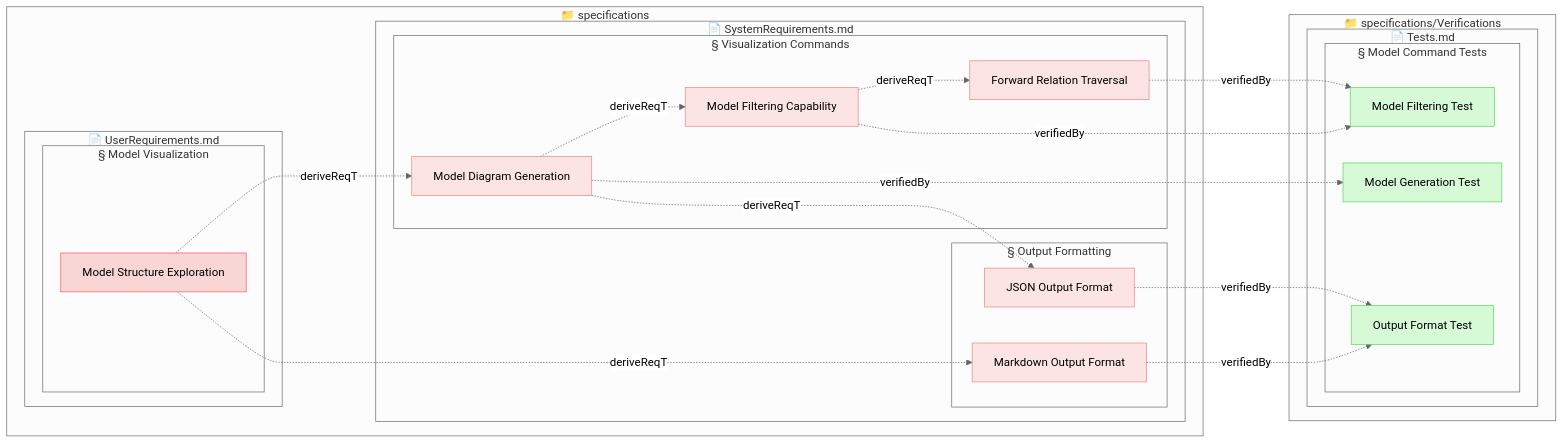
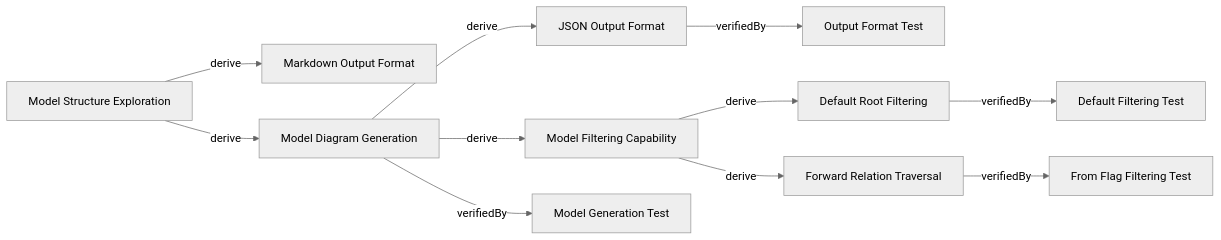
The diagram in tests/test-model-command/expected_output.md (reqvire-org/reqvire), drawn with Mermaid (neutral theme) before and after one commit. The commit also changed other lines of this file and 12 other files, not shown here.

````diff
--- a/tests/test-model-command/expected_output.md
+++ b/tests/test-model-command/expected_output.md
@@ -48,68 +12,34 @@
 ```mermaid
-graph LR;
-  %% REQVIRE-AUTOGENERATED-DIAGRAM
-  %% Graph styling
-  classDef userRequirement fill:#f9d6d6,stroke:#f55f5f,stroke-width:1px;
-  classDef systemRequirement fill:#fce4e4,stroke:#e68a8a,stroke-width:1px;
-  classDef verification fill:#d6f9d6,stroke:#5fd75f,stroke-width:1px;
-  classDef folder fill:#f0f0f0,stroke:#666666,stroke-width:3px;
-  classDef file fill:#ffffff,stroke:#999999,stroke-width:2px;
-  classDef section fill:#fafafa,stroke:#aaaaaa,stroke-width:1px;
-  classDef default fill:#f5f5f5,stroke:#333333,stroke-width:1px;
-
-  subgraph e2822fc17b2fa7a1["📁 specifications"]
-    subgraph 9945e4af79613c0d["📄 SystemRequirements.md"]
-      subgraph 40e6c519bee7dbeb["§ Output Formatting"]
-        f27d93928246808["JSON Output Format"];
-        class f27d93928246808 systemRequirement;
-        click f27d93928246808 "specifications/SystemRequirements.md#json-output-format";
-        8accb4e2c9363546["Markdown Output Format"];
-        class 8accb4e2c9363546 systemRequirement;
-        click 8accb4e2c9363546 "specifications/SystemRequirements.md#markdown-output-format";
-      end
-      subgraph eed7d1ef3e7c8b9c["§ Visualization Commands"]
-        46fbef5d552a5c01["Forward Relation Traversal"];
-        class 46fbef5d552a5c01 systemRequirement;
-        click 46fbef5d552a5c01 "specifications/SystemRequirements.md#forward-relation-traversal";
-        4f998d84bbf8f547["Model Diagram Generation"];
-        class 4f998d84bbf8f547 systemRequirement;
-        click 4f998d84bbf8f547 "specifications/SystemRequirements.md#model-diagram-generation";
-        1ca5a7c02ab1c5f4["Model Filtering Capability"];
-        class 1ca5a7c02ab1c5f4 systemRequirement;
-        click 1ca5a7c02ab1c5f4 "specifications/SystemRequirements.md#model-filtering-capability";
-      end
-    end
-    subgraph 9d276343749a6a8a["📄 UserRequirements.md"]
-      subgraph abb456863e7e5369["§ Model Visualization"]
-        32fb52886d6166a1["Model Structure Exploration"];
-        class 32fb52886d6166a1 userRequirement;
-        click 32fb52886d6166a1 "specifications/UserRequirements.md#model-structure-exploration";
-      end
-    end
-  end
-  subgraph 5c1b77ce400d632f["📁 specifications/Verifications"]
-    subgraph cf533a32881d1680["📄 Tests.md"]
-      subgraph f659c5a1fd1b9c32["§ Model Command Tests"]
-        82b96aa538491c2b["Model Filtering Test"];
-        class 82b96aa538491c2b verification;
-        click 82b96aa538491c2b "specifications/Verifications/Tests.md#model-filtering-test";
-        e80d22d575e02537["Model Generation Test"];
-        class e80d22d575e02537 verification;
-        click e80d22d575e02537 "specifications/Verifications/Tests.md#model-generation-test";
-        8cc3b7ebaf3ea9b["Output Format Test"];
-        class 8cc3b7ebaf3ea9b verification;
-        click 8cc3b7ebaf3ea9b "specifications/Verifications/Tests.md#output-format-test";
-      end
-    end
-  end
-  46fbef5d552a5c01 -.->|verifiedBy| 82b96aa538491c2b;
-  f27d93928246808 -.->|verifiedBy| 8cc3b7ebaf3ea9b;
-  8accb4e2c9363546 -.->|verifiedBy| 8cc3b7ebaf3ea9b;
-  4f998d84bbf8f547 -.->|deriveReqT| f27d93928246808;
-  4f998d84bbf8f547 -.->|deriveReqT| 1ca5a7c02ab1c5f4;
-  4f998d84bbf8f547 -.->|verifiedBy| e80d22d575e02537;
-  1ca5a7c02ab1c5f4 -.->|deriveReqT| 46fbef5d552a5c01;
-  1ca5a7c02ab1c5f4 -.->|verifiedBy| 82b96aa538491c2b;
-  32fb52886d6166a1 -.->|deriveReqT| 8accb4e2c9363546;
-  32fb52886d6166a1 -.->|deriveReqT| 4f998d84bbf8f547;
+graph LR
+  32fb52886d6166a1["Model Structure Exploration"];
+  8accb4e2c9363546["Markdown Output Format"];
+  32fb52886d6166a1 -->|derive| 8accb4e2c9363546;
+  8accb4e2c9363546["Markdown Output Format"];
+  4f998d84bbf8f547["Model Diagram Generation"];
+  32fb52886d6166a1 -->|derive| 4f998d84bbf8f547;
+  4f998d84bbf8f547["Model Diagram Generation"];
+  f27d93928246808["JSON Output Format"];
+  4f998d84bbf8f547 -->|derive| f27d93928246808;
+  f27d93928246808["JSON Output Format"];
+  8cc3b7ebaf3ea9b["Output Format Test"];
+  f27d93928246808 -->|verifiedBy| 8cc3b7ebaf3ea9b;
+  8cc3b7ebaf3ea9b["Output Format Test"];
+  1ca5a7c02ab1c5f4["Model Filtering Capability"];
+  4f998d84bbf8f547 -->|derive| 1ca5a7c02ab1c5f4;
+  1ca5a7c02ab1c5f4["Model Filtering Capability"];
+  5b114dac21ad2026["Default Root Filtering"];
+  1ca5a7c02ab1c5f4 -->|derive| 5b114dac21ad2026;
+  5b114dac21ad2026["Default Root Filtering"];
+  c28803f3ded267fb["Default Filtering Test"];
+  5b114dac21ad2026 -->|verifiedBy| c28803f3ded267fb;
+  c28803f3ded267fb["Default Filtering Test"];
+  46fbef5d552a5c01["Forward Relation Traversal"];
+  1ca5a7c02ab1c5f4 -->|derive| 46fbef5d552a5c01;
+  46fbef5d552a5c01["Forward Relation Traversal"];
+  15d847f8ebf34901["From Flag Filtering Test"];
+  46fbef5d552a5c01 -->|verifiedBy| 15d847f8ebf34901;
+  15d847f8ebf34901["From Flag Filtering Test"];
+  e80d22d575e02537["Model Generation Test"];
+  4f998d84bbf8f547 -->|verifiedBy| e80d22d575e02537;
+  e80d22d575e02537["Model Generation Test"];
 ```
````
